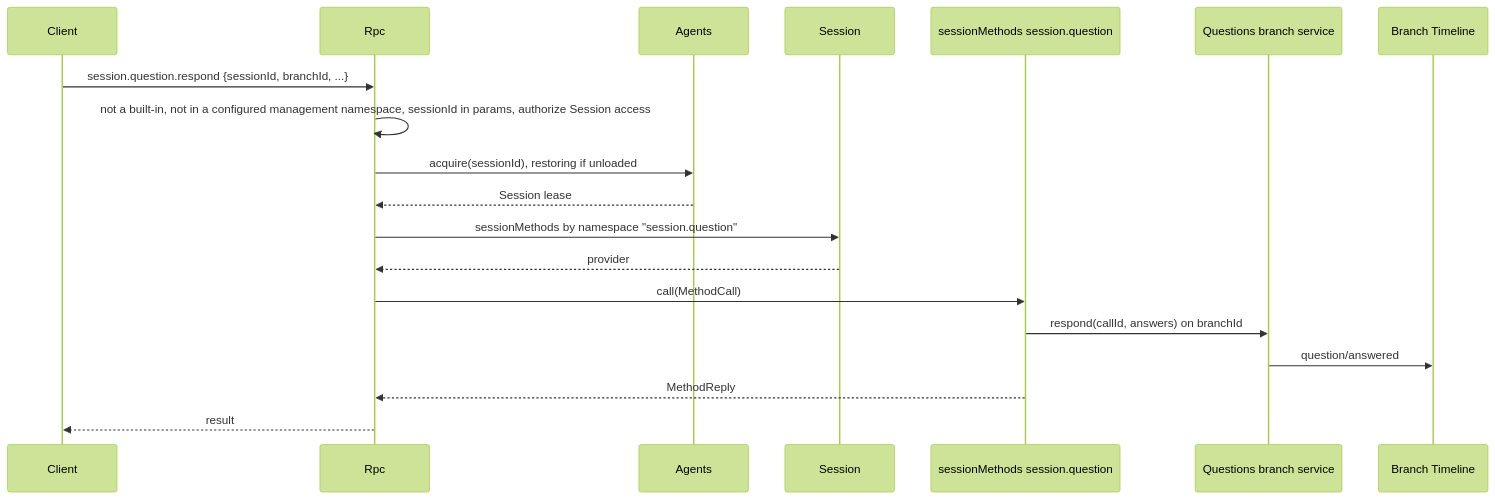
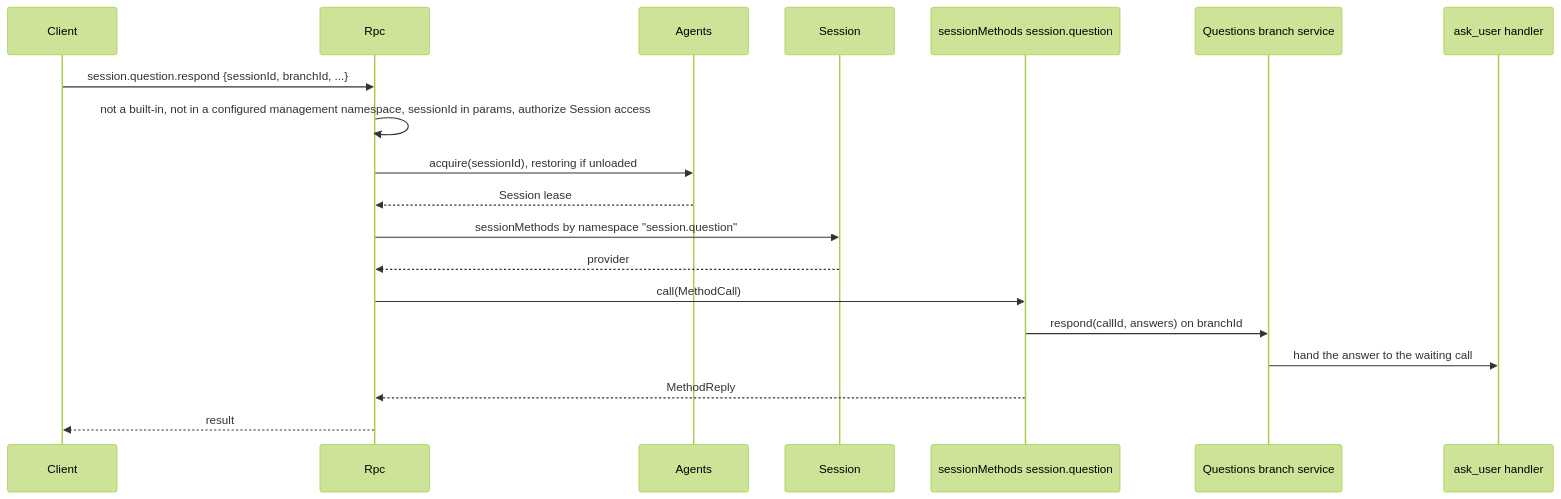
One commit to CoutinhoTTS/dim-agent changed the second of 3 diagrams in docs/design/contracts/session-boundary.md. Above: the diagram before and after it, drawn with Mermaid (forest theme). The commit also changed other lines of this file and 13 other files, not shown here.

First line of the commit message:
docs(questions): redesign ask_user so the answer is the tool result

````diff
--- a/docs/design/contracts/session-boundary.md
+++ b/docs/design/contracts/session-boundary.md
@@ -67,21 +67,21 @@
 ```mermaid
 sequenceDiagram
   participant CL as Client
   participant Rpc as Rpc
   participant AI as Agents
   participant S as Session
   participant Q as sessionMethods session.question
   participant QB as Questions branch service
-  participant TL as Branch Timeline
+  participant H as ask_user handler
   CL->>Rpc: session.question.respond {sessionId, branchId, ...}
   Rpc->>Rpc: not a built-in, not in a configured management namespace, sessionId in params, authorize Session access
   Rpc->>AI: acquire(sessionId), restoring if unloaded
   AI-->>Rpc: Session lease
   Rpc->>S: sessionMethods by namespace "session.question"
   S-->>Rpc: provider
   Rpc->>Q: call(MethodCall)
   Q->>QB: respond(callId, answers) on branchId
-  QB->>TL: question/answered
+  QB->>H: hand the answer to the waiting call
   Q-->>Rpc: MethodReply
   Rpc-->>CL: result
 ```
````
